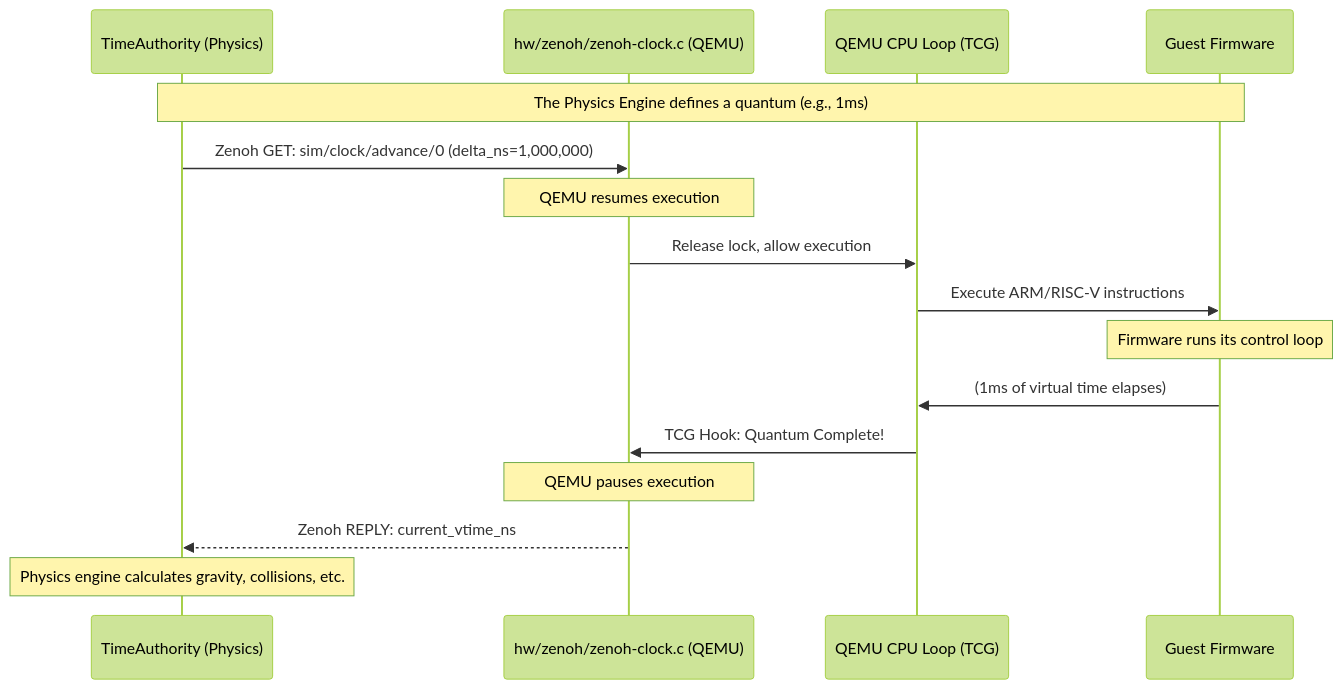
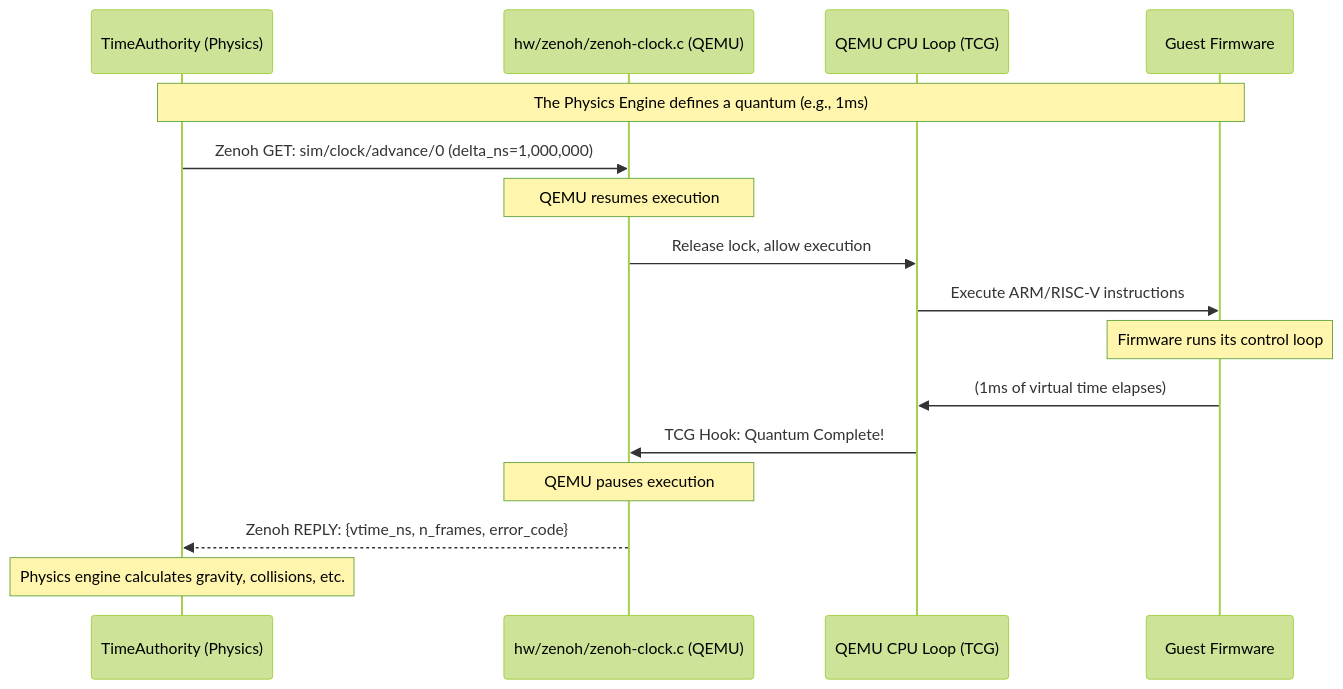
One commit to RefractSystems/qenode changed the first of 2 diagrams in docs/TIME_MANAGEMENT_DESIGN.md. Above: the diagram before and after it, drawn with Mermaid (forest theme). The commit also changed other lines of this file and 6 other files, not shown here.

First line of the commit message:
docs: update tutorials and documentation for Phase 12 architecture

````diff
--- a/docs/TIME_MANAGEMENT_DESIGN.md
+++ b/docs/TIME_MANAGEMENT_DESIGN.md
@@ -19,20 +19,20 @@
 ```mermaid
 sequenceDiagram
     participant TA as TimeAuthority (Physics)
     participant ZC as hw/zenoh/zenoh-clock.c (QEMU)
     participant TCG as QEMU CPU Loop (TCG)
     participant FW as Guest Firmware
 
     Note over TA,FW: The Physics Engine defines a quantum (e.g., 1ms)
     
     TA->>ZC: Zenoh GET: sim/clock/advance/0 (delta_ns=1,000,000)
     Note over ZC: QEMU resumes execution
     ZC->>TCG: Release lock, allow execution
     TCG->>FW: Execute ARM/RISC-V instructions
     Note over FW: Firmware runs its control loop
     FW->>TCG: (1ms of virtual time elapses)
     TCG->>ZC: TCG Hook: Quantum Complete!
     Note over ZC: QEMU pauses execution
-    ZC-->>TA: Zenoh REPLY: current_vtime_ns
+    ZC-->>TA: Zenoh REPLY: {vtime_ns, n_frames, error_code}
     Note over TA: Physics engine calculates gravity, collisions, etc.
 ```
````
